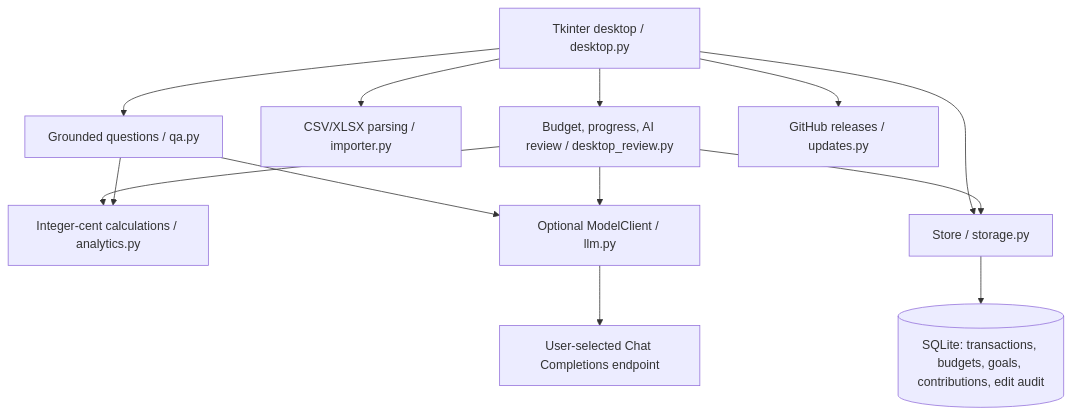
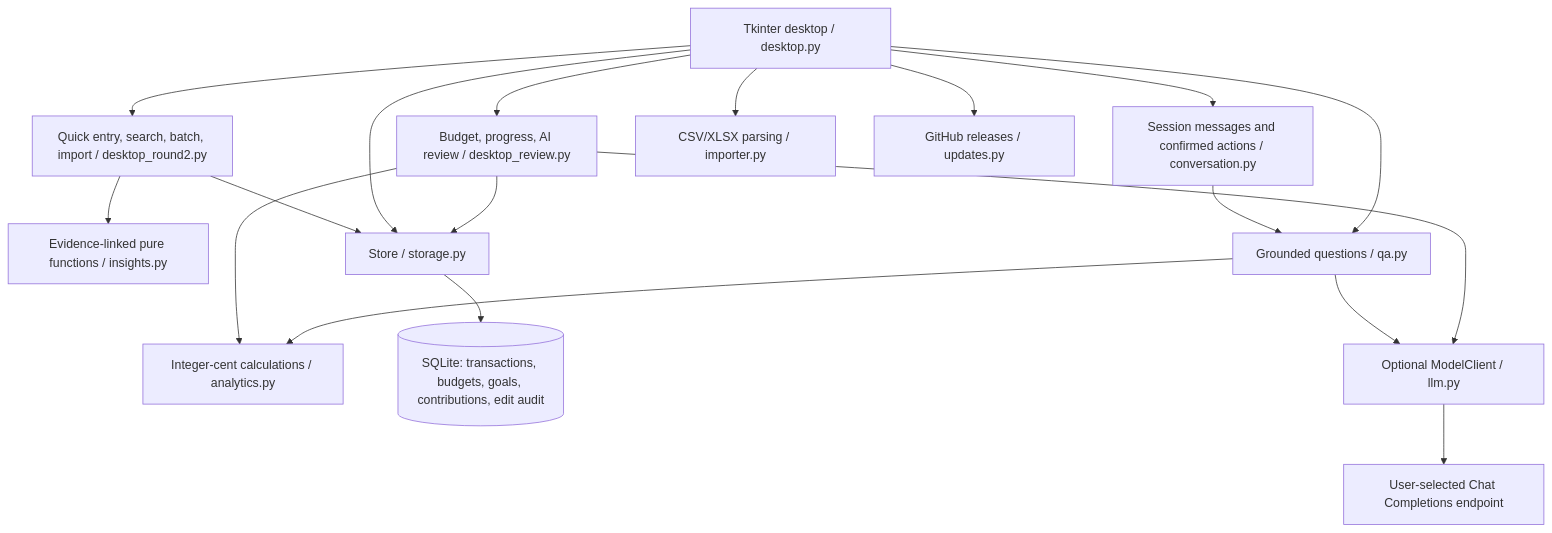
The diagram in docs/ARCHITECTURE.md (Jeffspdf/AI-finance-assistant), drawn with Mermaid before and after one commit. The commit also changed other lines of this file and 17 other files, not shown here.

````diff
--- a/docs/ARCHITECTURE.md
+++ b/docs/ARCHITECTURE.md
@@ -3,15 +3,20 @@
 ```mermaid
 flowchart TD
  UI[Tkinter desktop / desktop.py] --> Review[Budget, progress, AI review / desktop_review.py]
+ UI --> Everyday[Quick entry, search, batch, import / desktop_round2.py]
+ UI --> Chat[Session messages and confirmed actions / conversation.py]
+ Everyday --> Insights[Evidence-linked pure functions / insights.py]
+ Everyday --> Store
+ Chat --> QA
  UI --> Import[CSV/XLSX parsing / importer.py]
  UI --> QA[Grounded questions / qa.py]
  Review --> Calc[Integer-cent calculations / analytics.py]
  UI --> Store[Store / storage.py]
  Review --> Store
  Store --> DB[(SQLite: transactions, budgets, goals, contributions, edit audit)]
  QA --> Calc
  QA --> Model[Optional ModelClient / llm.py]
  Review --> Model
  Model --> Provider[User-selected Chat Completions endpoint]
  UI --> Update[GitHub releases / updates.py]
 ```
````
